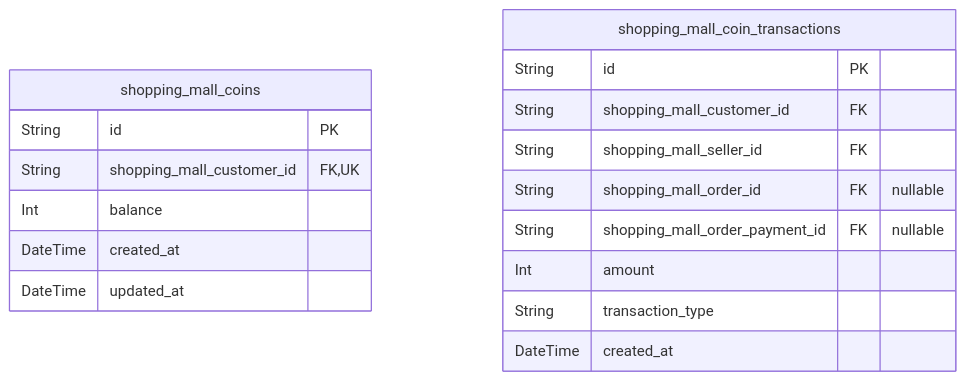
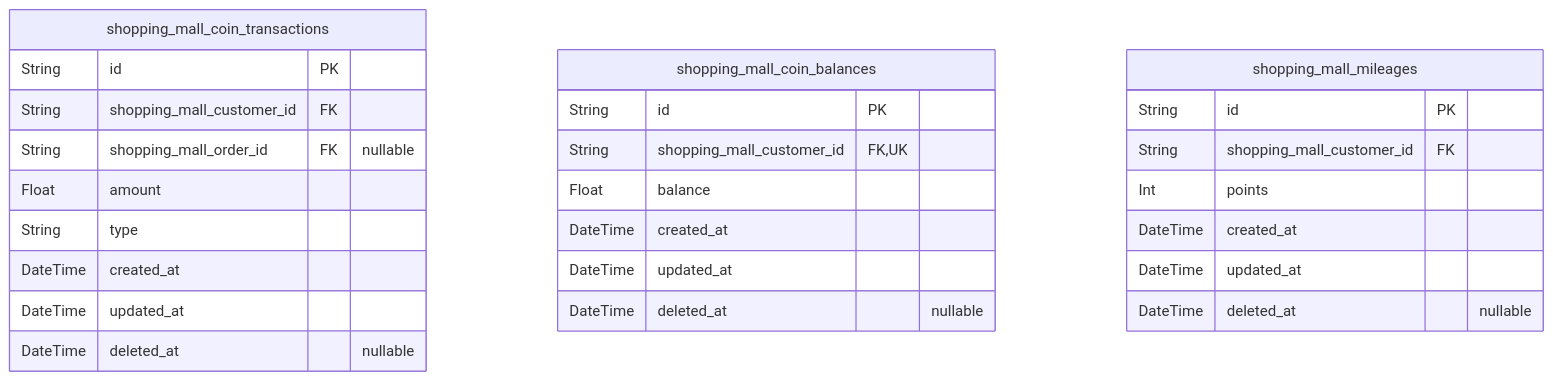
One commit to wrtnlabs/autobe-examples changed the seventh of 10 diagrams in mistralai/codestral-2508/shopping/docs/ERD.md. Above: the diagram before and after it, drawn with Mermaid. The commit also changed other lines of this file and 7173 other files, not shown here.

````diff
--- a/mistralai/codestral-2508/shopping/docs/ERD.md
+++ b/mistralai/codestral-2508/shopping/docs/ERD.md
@@ -855,20 +849,29 @@
 ```mermaid
 erDiagram
-"shopping_mall_coins" {
-  String id PK
-  String shopping_mall_customer_id FK,UK
-  Int balance
-  DateTime created_at
-  DateTime updated_at
-}
 "shopping_mall_coin_transactions" {
   String id PK
   String shopping_mall_customer_id FK
-  String shopping_mall_seller_id FK
   String shopping_mall_order_id FK "nullable"
-  String shopping_mall_order_payment_id FK "nullable"
-  Int amount
-  String transaction_type
+  Float amount
+  String type
   DateTime created_at
+  DateTime updated_at
+  DateTime deleted_at "nullable"
+}
+"shopping_mall_coin_balances" {
+  String id PK
+  String shopping_mall_customer_id FK,UK
+  Float balance
+  DateTime created_at
+  DateTime updated_at
+  DateTime deleted_at "nullable"
+}
+"shopping_mall_mileages" {
+  String id PK
+  String shopping_mall_customer_id FK
+  Int points
+  DateTime created_at
+  DateTime updated_at
+  DateTime deleted_at "nullable"
 }
 ```
````
